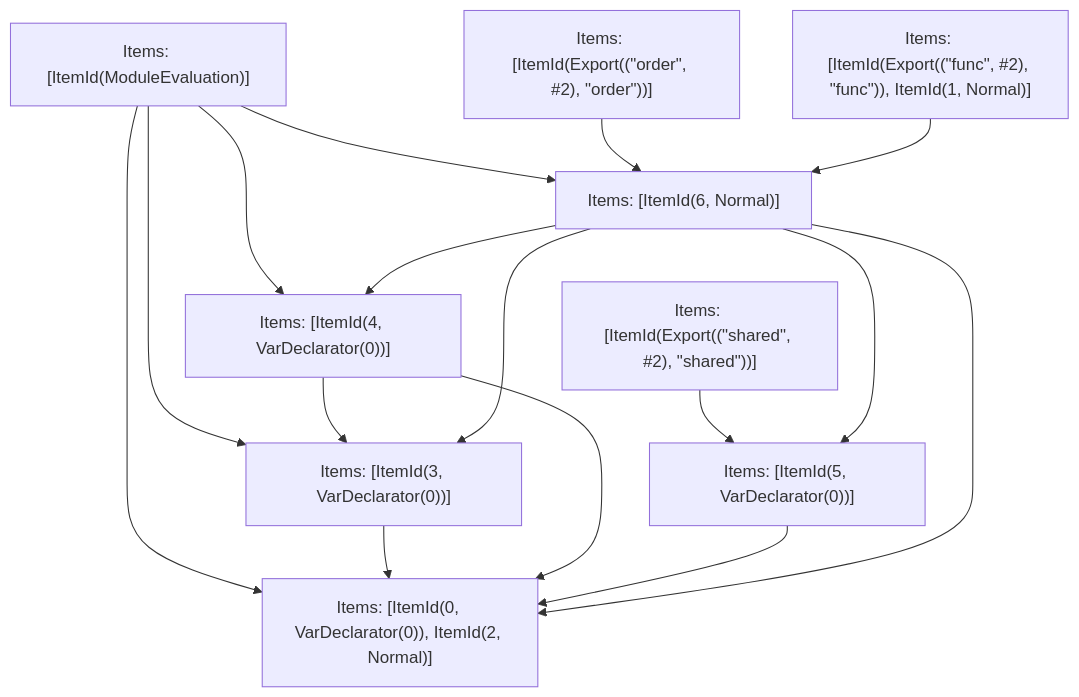
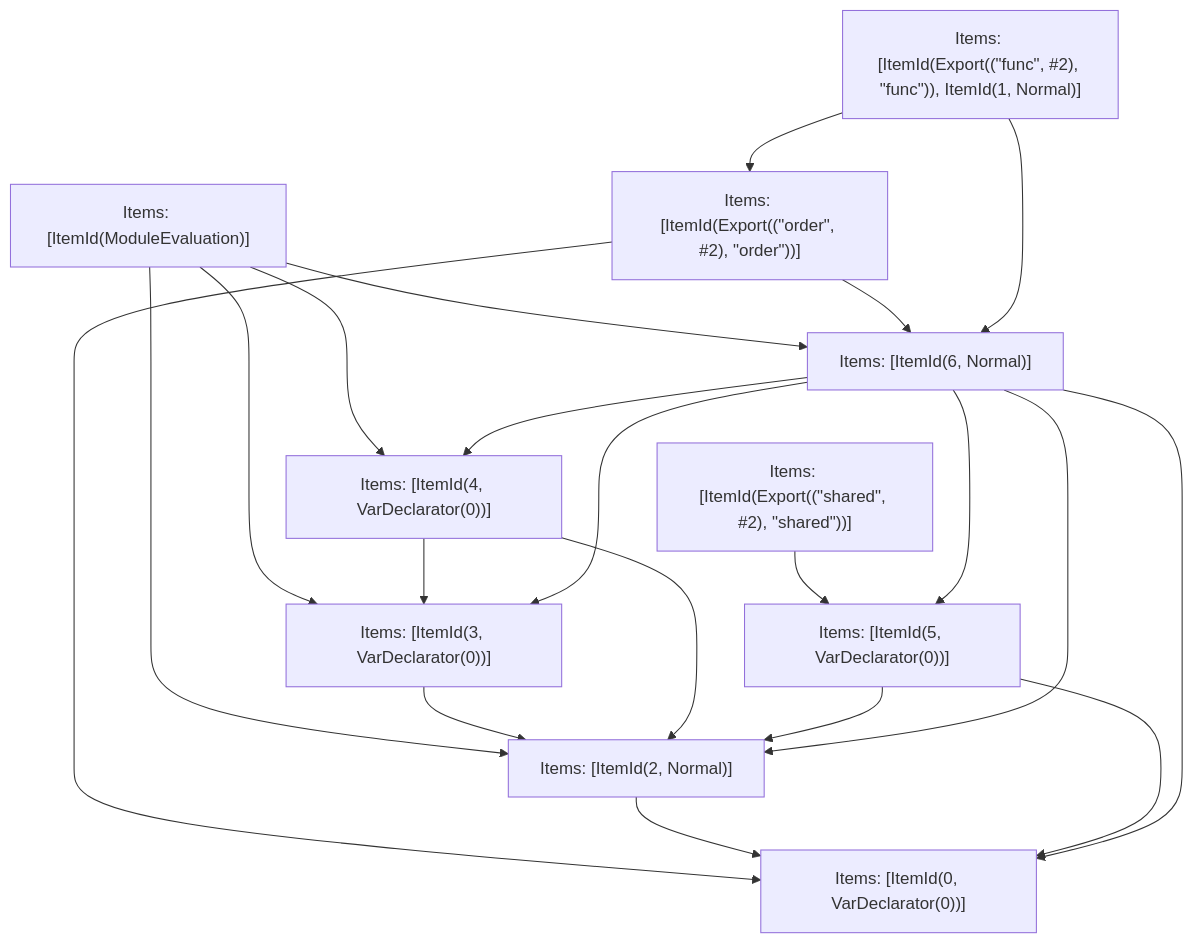
One commit to vercel/turborepo changed the fifth of 5 diagrams in crates/turbopack-ecmascript/tests/tree-shaker/analyzer/write-order/output.md. Above: the diagram before and after it, drawn with Mermaid. The commit also changed other lines of this file and 22 other files, not shown here.

````diff
--- a/crates/turbopack-ecmascript/tests/tree-shaker/analyzer/write-order/output.md
+++ b/crates/turbopack-ecmascript/tests/tree-shaker/analyzer/write-order/output.md
@@ -200,27 +217,33 @@
 ```mermaid
 graph TD
     N0["Items: [ItemId(ModuleEvaluation)]"];
     N1["Items: [ItemId(Export((&quot;order&quot;, #2), &quot;order&quot;))]"];
     N2["Items: [ItemId(Export((&quot;func&quot;, #2), &quot;func&quot;)), ItemId(1, Normal)]"];
     N3["Items: [ItemId(Export((&quot;shared&quot;, #2), &quot;shared&quot;))]"];
-    N4["Items: [ItemId(0, VarDeclarator(0)), ItemId(2, Normal)]"];
-    N5["Items: [ItemId(3, VarDeclarator(0))]"];
-    N6["Items: [ItemId(4, VarDeclarator(0))]"];
-    N7["Items: [ItemId(5, VarDeclarator(0))]"];
-    N8["Items: [ItemId(6, Normal)]"];
-    N0 --> N4;
+    N4["Items: [ItemId(0, VarDeclarator(0))]"];
+    N5["Items: [ItemId(2, Normal)]"];
+    N6["Items: [ItemId(3, VarDeclarator(0))]"];
+    N7["Items: [ItemId(4, VarDeclarator(0))]"];
+    N8["Items: [ItemId(5, VarDeclarator(0))]"];
+    N9["Items: [ItemId(6, Normal)]"];
     N0 --> N5;
     N0 --> N6;
-    N0 --> N8;
-    N1 --> N8;
-    N2 --> N8;
-    N3 --> N7;
+    N0 --> N7;
+    N0 --> N9;
+    N1 --> N9;
+    N1 --> N4;
+    N2 --> N9;
+    N2 --> N1;
+    N3 --> N8;
     N5 --> N4;
-    N6 --> N4;
     N6 --> N5;
-    N7 --> N4;
-    N8 --> N7;
+    N7 --> N5;
+    N7 --> N6;
+    N8 --> N5;
     N8 --> N4;
-    N8 --> N5;
-    N8 --> N6;
+    N9 --> N8;
+    N9 --> N4;
+    N9 --> N5;
+    N9 --> N6;
+    N9 --> N7;
 ```
````
